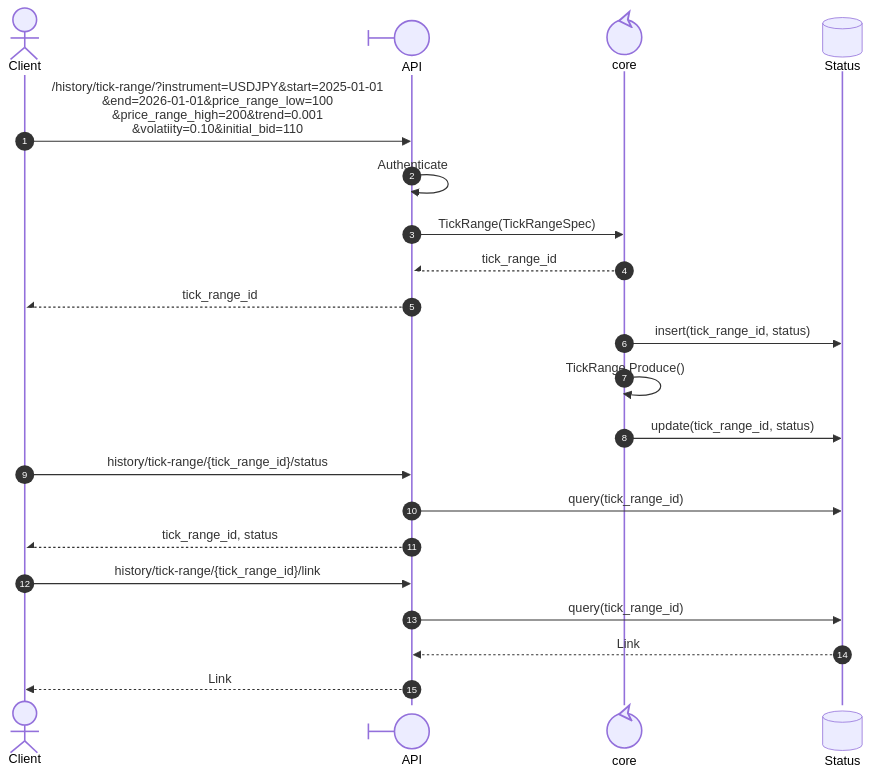
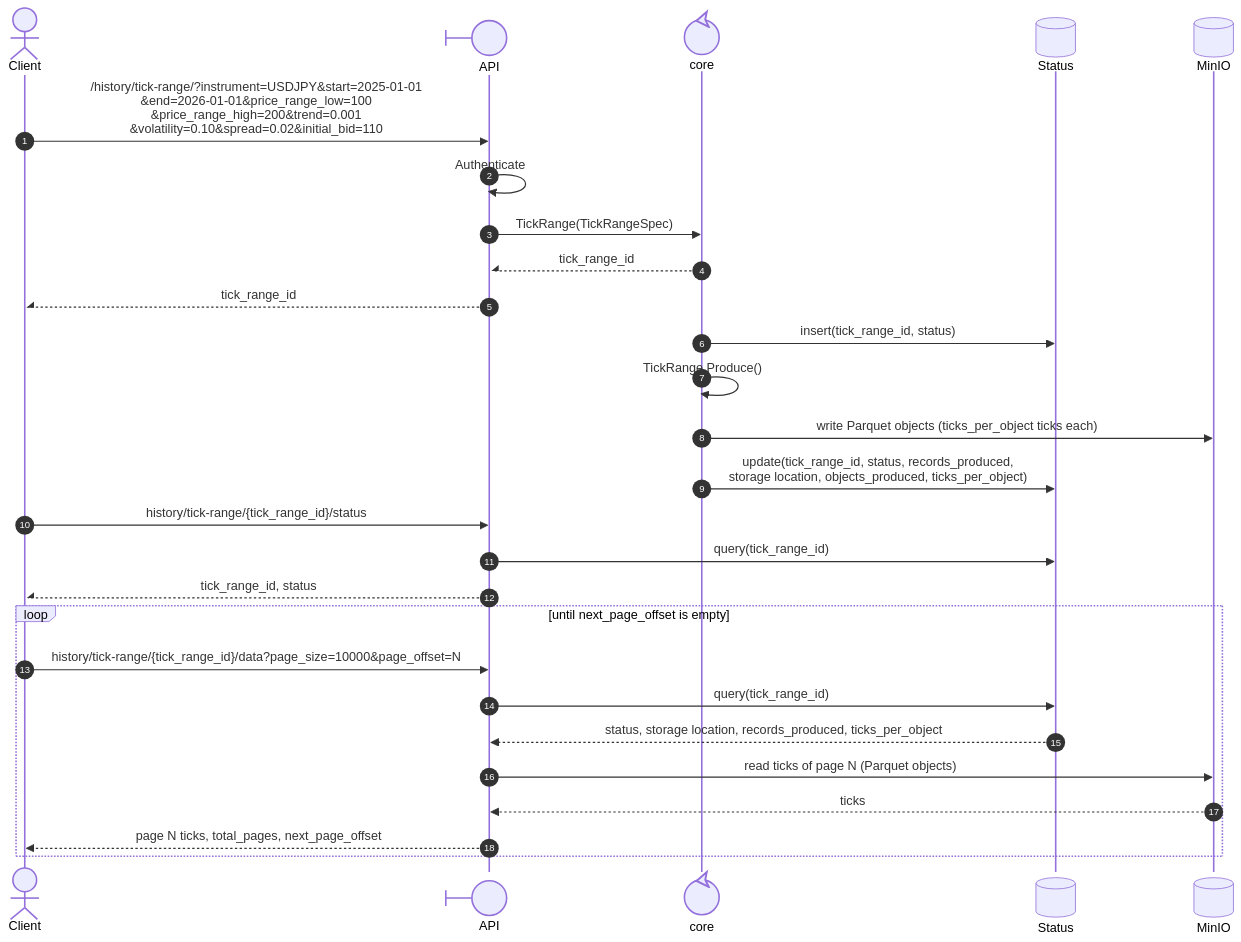
One commit to mchiuminatto/synthetick changed the fourth of 4 diagrams in docs/design/domain-analysis.md. Above: the diagram before and after it, drawn with Mermaid. The commit also changed other lines of this file and 2 other files, not shown here.

````diff
--- a/docs/design/domain-analysis.md
+++ b/docs/design/domain-analysis.md
@@ -222,26 +237,31 @@
 ```mermaid
 sequenceDiagram
     autonumber
     actor Client
     participant API@{"type": "boundary", "alias": "API"} as API
     participant Core@{"type": "control", "alias": "core"} as Core
     participant DB@{"type": "database", "alias": "Status"} as Status
+    participant Storage@{"type": "database", "alias": "Storage"} as MinIO
 
-    Client ->> API: /history/tick-range/?instrument=USDJPY&start=2025-01-01<br>&end=2026-01-01&price_range_low=100<br>&price_range_high=200&trend=0.001<br>&volatiity=0.10&initial_bid=110
+    Client ->> API: /history/tick-range/?instrument=USDJPY&start=2025-01-01<br>&end=2026-01-01&price_range_low=100<br>&price_range_high=200&trend=0.001<br>&volatility=0.10&spread=0.02&initial_bid=110
     API ->> API: Authenticate
     API ->> Core: TickRange(TickRangeSpec)
     Core --|/ API: tick_range_id
     API --|/ Client: tick_range_id
     Core ->> DB: insert(tick_range_id, status)
     Core ->> Core: TickRange.Produce()
-    Core ->> DB: update(tick_range_id, status)
+    Core ->> Storage: write Parquet objects (ticks_per_object ticks each)
+    Core ->> DB: update(tick_range_id, status, records_produced,<br>storage location, objects_produced, ticks_per_object)
     Client ->> API: history/tick-range/{tick_range_id}/status
     API ->> DB: query(tick_range_id)
     API --|/ Client: tick_range_id, status
-    Client ->> API: history/tick-range/{tick_range_id}/link
-    API ->> DB: query(tick_range_id)
-    DB -->> API: Link
-    API -->> Client: Link
-
+    loop until next_page_offset is empty
+        Client ->> API: history/tick-range/{tick_range_id}/data?page_size=10000&page_offset=N
+        API ->> DB: query(tick_range_id)
+        DB -->> API: status, storage location, records_produced, ticks_per_object
+        API ->> Storage: read ticks of page N (Parquet objects)
+        Storage -->> API: ticks
+        API -->> Client: page N ticks, total_pages, next_page_offset
+    end
 
 ```
````
